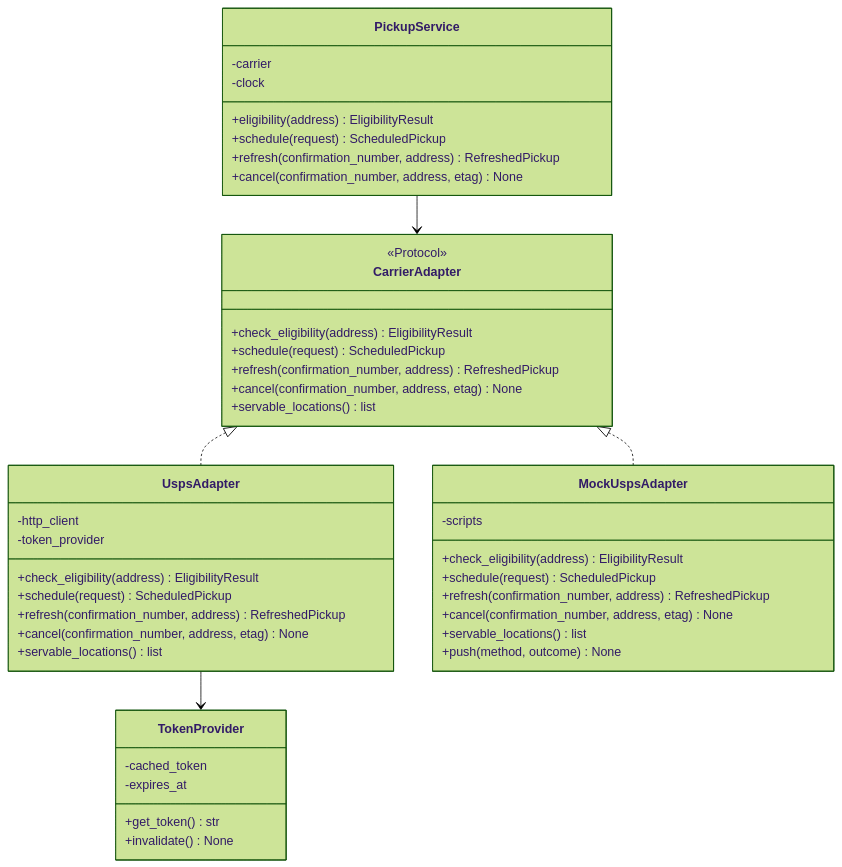
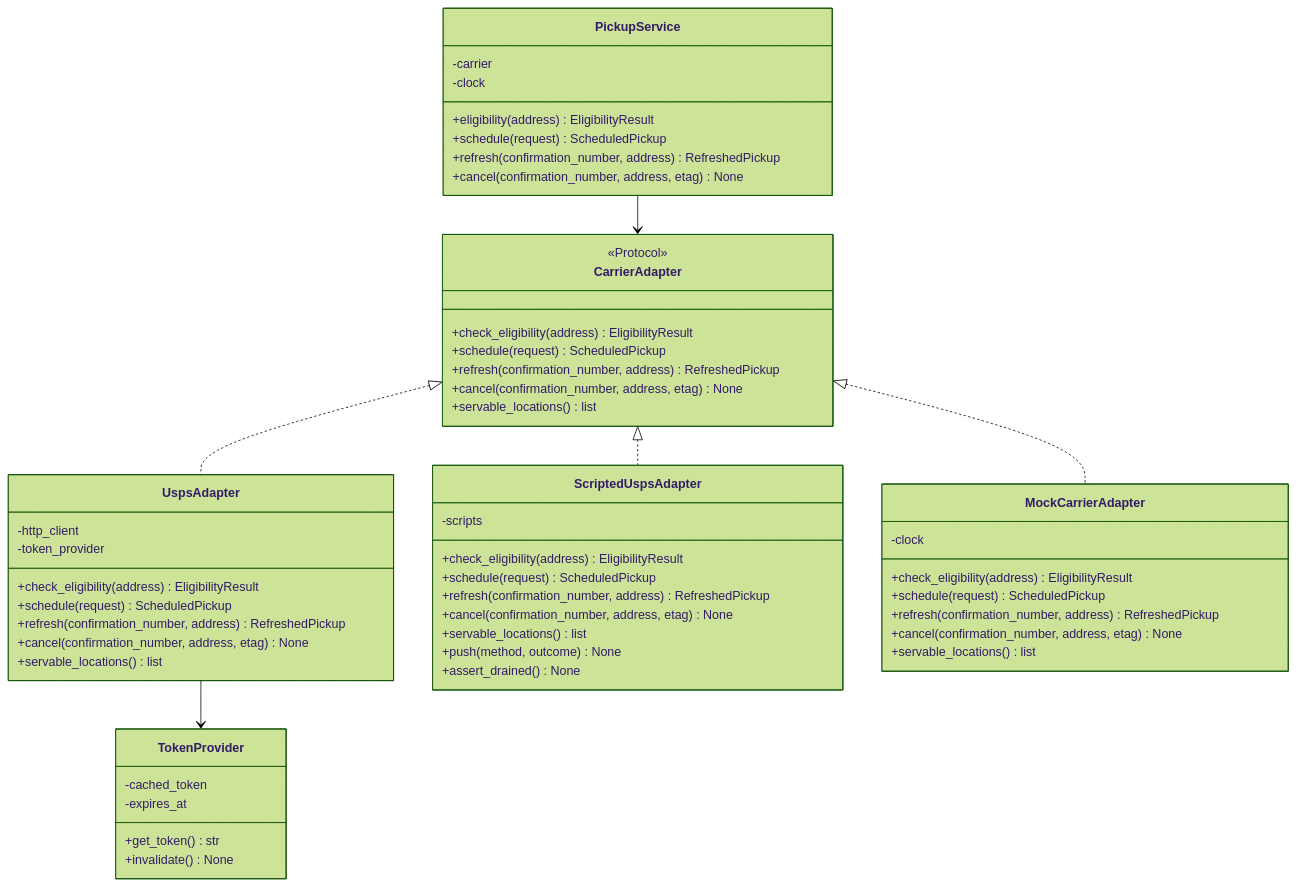
The third of 14 diagrams in design/boomerang-low-level-design.md (jacklvd/boomerang), drawn with Mermaid (forest theme) before and after one commit. The commit also changed other lines of this file and 5 other files, not shown here.

````diff
--- a/design/boomerang-low-level-design.md
+++ b/design/boomerang-low-level-design.md
@@ -301,47 +352,57 @@
 ```mermaid
 classDiagram
     class CarrierAdapter {
         <<Protocol>>
         +check_eligibility(address) EligibilityResult
         +schedule(request) ScheduledPickup
         +refresh(confirmation_number, address) RefreshedPickup
         +cancel(confirmation_number, address, etag) None
         +servable_locations() list
     }
     class UspsAdapter {
         -http_client
         -token_provider
         +check_eligibility(address) EligibilityResult
         +schedule(request) ScheduledPickup
         +refresh(confirmation_number, address) RefreshedPickup
         +cancel(confirmation_number, address, etag) None
         +servable_locations() list
     }
-    class MockUspsAdapter {
+    class ScriptedUspsAdapter {
         -scripts
         +check_eligibility(address) EligibilityResult
         +schedule(request) ScheduledPickup
         +refresh(confirmation_number, address) RefreshedPickup
         +cancel(confirmation_number, address, etag) None
         +servable_locations() list
         +push(method, outcome) None
+        +assert_drained() None
+    }
+    class MockCarrierAdapter {
+        -clock
+        +check_eligibility(address) EligibilityResult
+        +schedule(request) ScheduledPickup
+        +refresh(confirmation_number, address) RefreshedPickup
+        +cancel(confirmation_number, address, etag) None
+        +servable_locations() list
     }
     class TokenProvider {
         -cached_token
         -expires_at
         +get_token() str
         +invalidate() None
     }
     class PickupService {
         -carrier
         -clock
         +eligibility(address) EligibilityResult
         +schedule(request) ScheduledPickup
         +refresh(confirmation_number, address) RefreshedPickup
         +cancel(confirmation_number, address, etag) None
     }
     CarrierAdapter <|.. UspsAdapter
-    CarrierAdapter <|.. MockUspsAdapter
+    CarrierAdapter <|.. ScriptedUspsAdapter
+    CarrierAdapter <|.. MockCarrierAdapter
     UspsAdapter --> TokenProvider
     PickupService --> CarrierAdapter
 ```
````
